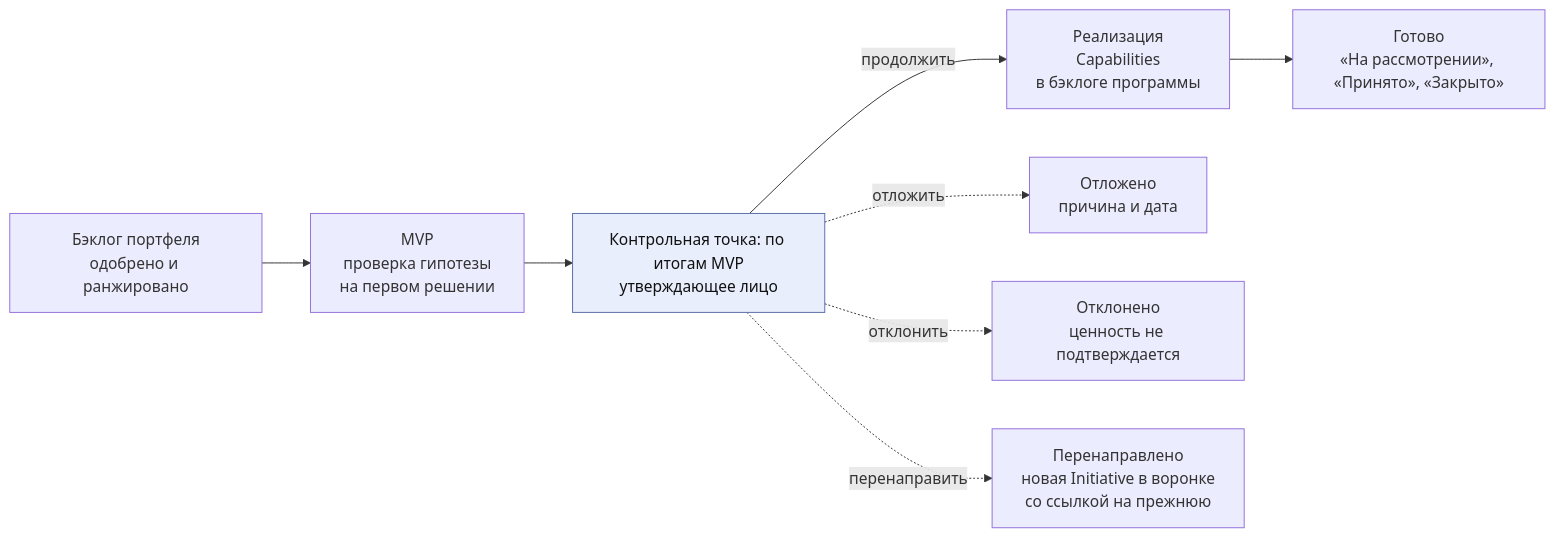
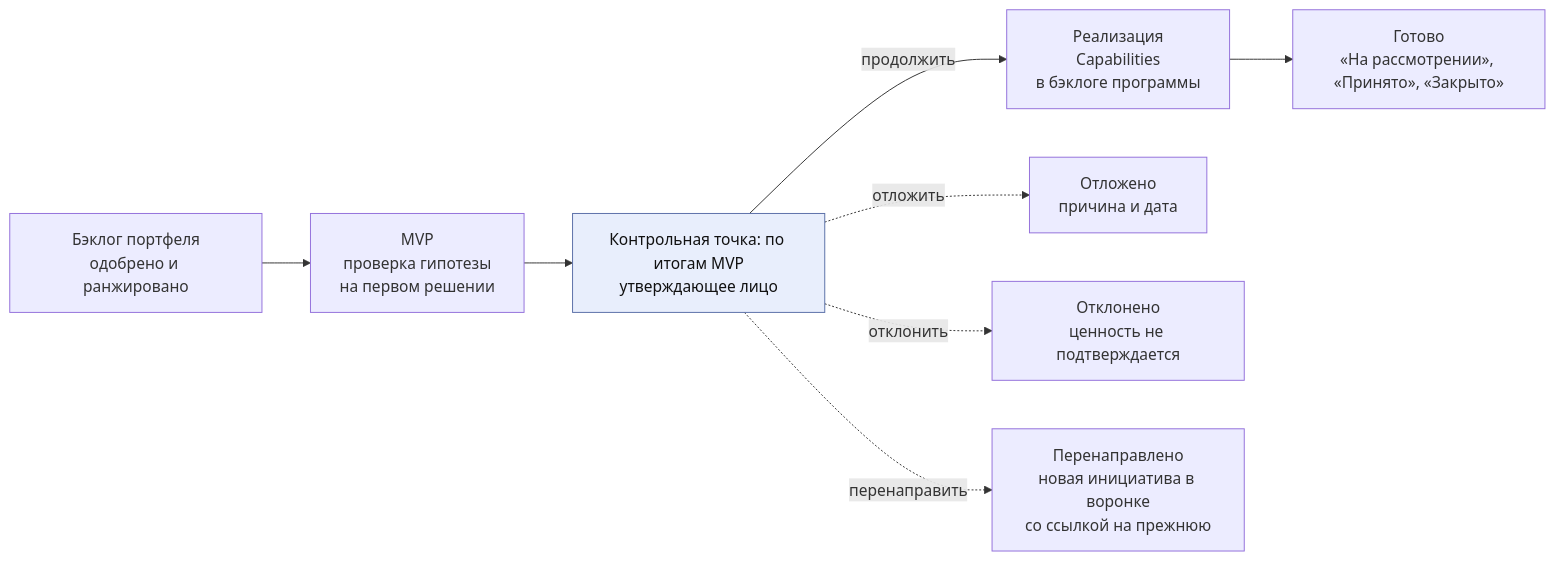
One commit to devhogu/ob-aicc changed the fifth of 10 diagrams in charter/ru/workflows/service-delivery.md. Above: the diagram before and after it, drawn with Mermaid. The commit also changed other lines of this file and 150 other files, not shown here.

````diff
--- a/charter/ru/workflows/service-delivery.md
+++ b/charter/ru/workflows/service-delivery.md
@@ -109,12 +109,12 @@
 ```mermaid
 flowchart LR
   B["Бэклог портфеля<br/>одобрено и ранжировано"] --> M["MVP<br/>проверка гипотезы<br/>на первом решении"]
   M --> G2["Контрольная точка: по итогам MVP<br/>утверждающее лицо"]
   G2 -->|"продолжить"| I["Реализация<br/>Capabilities<br/>в бэклоге программы"]
   I --> Z["Готово<br/>«На рассмотрении», «Принято», «Закрыто»"]
   G2 -.->|"отложить"| DF["Отложено<br/>причина и дата"]
   G2 -.->|"отклонить"| RJ["Отклонено<br/>ценность не подтверждается"]
-  G2 -.->|"перенаправить"| PV["Перенаправлено<br/>новая Initiative в воронке<br/>со ссылкой на прежнюю"]
+  G2 -.->|"перенаправить"| PV["Перенаправлено<br/>новая инициатива в воронке<br/>со ссылкой на прежнюю"]
   classDef gate fill:#e8eefc,stroke:#5a6fa8,color:#111
   class G2 gate
 ```
````
